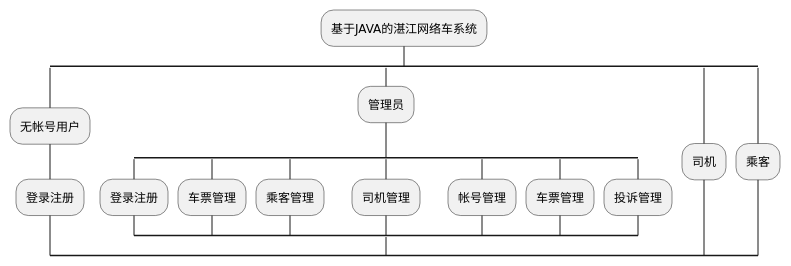
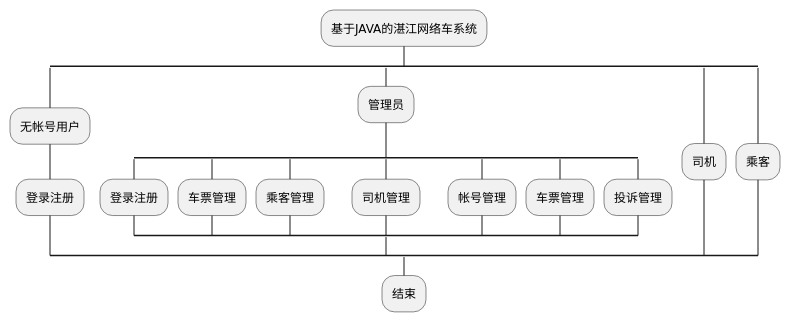
Before and after one commit to RZGGM/CarpoolingProjectBasedOnSringbootAndVue-Backend: the diagram in src/main/resources/uml/功能模块图/整个系统的功能模块图.puml, drawn with PlantUML. The commit also changed 4 other files, not shown here.

Commit message:
画了一些图

```diff
--- a/src/main/resources/uml/功能模块图/整个系统的功能模块图.puml
+++ b/src/main/resources/uml/功能模块图/整个系统的功能模块图.puml
@@ -1,37 +1,37 @@
 @startuml
 'https://plantuml.com/activity-diagram-beta
 skinparam ArrowHeadColor none
 :基于JAVA的湛江网络车系统;
 split
 :无帐号用户;
 :登录注册;
 split again
 :管理员;
     split
     :登录注册;
     split again
     :车票管理;
     split again
     :乘客管理;
 
     split again
     :司机管理;
 
     split again
     :帐号管理;
 
     split again
     :车票管理;
 
     split again
     :投诉管理;
 
     end split
 split again
 :司机;
 split again
 :乘客;
 end split
-
+:结束;
 
 @enduml
```
